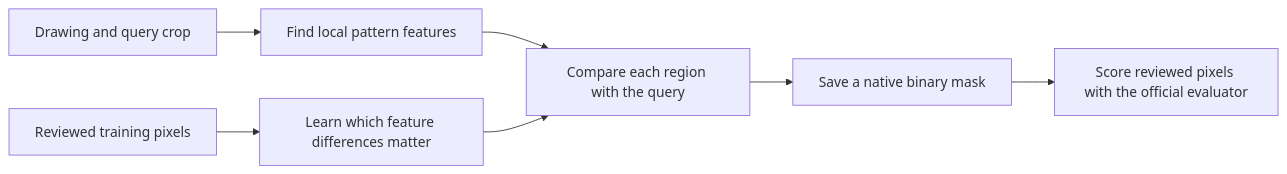
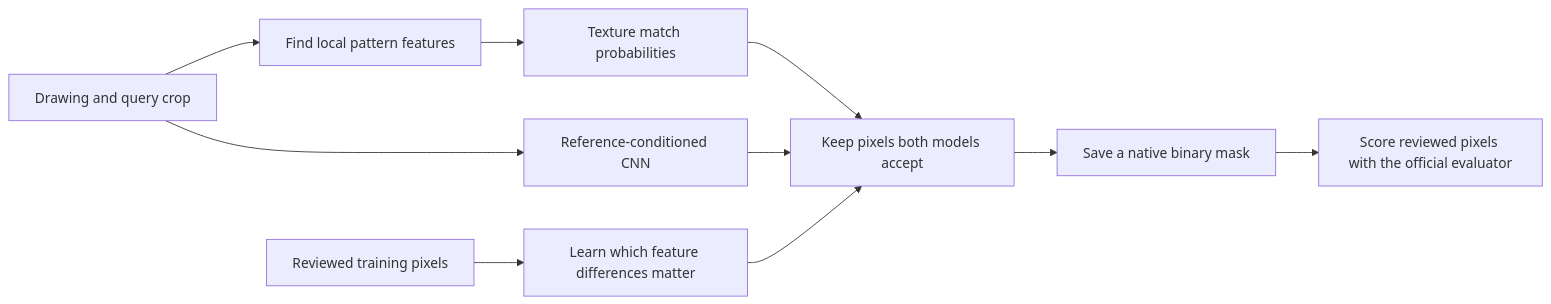
Before and after one commit to Imhaohao/trutec: the diagram in PROGRESS.md, drawn with Mermaid. The commit also changed other lines of this file and 5 other files, not shown here.

````diff
--- a/PROGRESS.md
+++ b/PROGRESS.md
@@ -62,9 +62,12 @@
 ```mermaid
 flowchart LR
   Drawing[Drawing and query crop] --> Features[Find local pattern features]
-  Features --> Matcher[Compare each region with the query]
+  Features --> Texture[Texture match probabilities]
+  Drawing --> CNN[Reference-conditioned CNN]
+  Texture --> Matcher[Keep pixels both models accept]
+  CNN --> Matcher
   Matcher --> Mask[Save a native binary mask]
   Training[Reviewed training pixels] --> Fit[Learn which feature differences matter]
   Fit --> Matcher
   Mask --> Score[Score reviewed pixels with the official evaluator]
 ```
````
